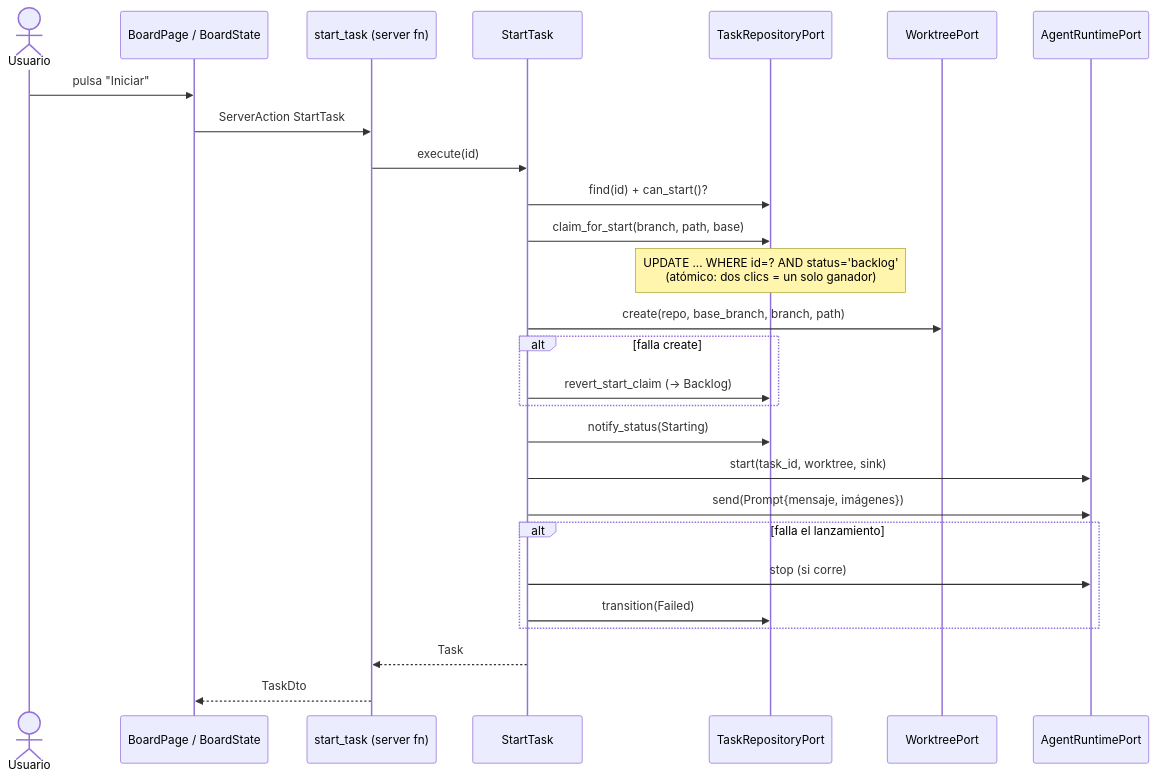
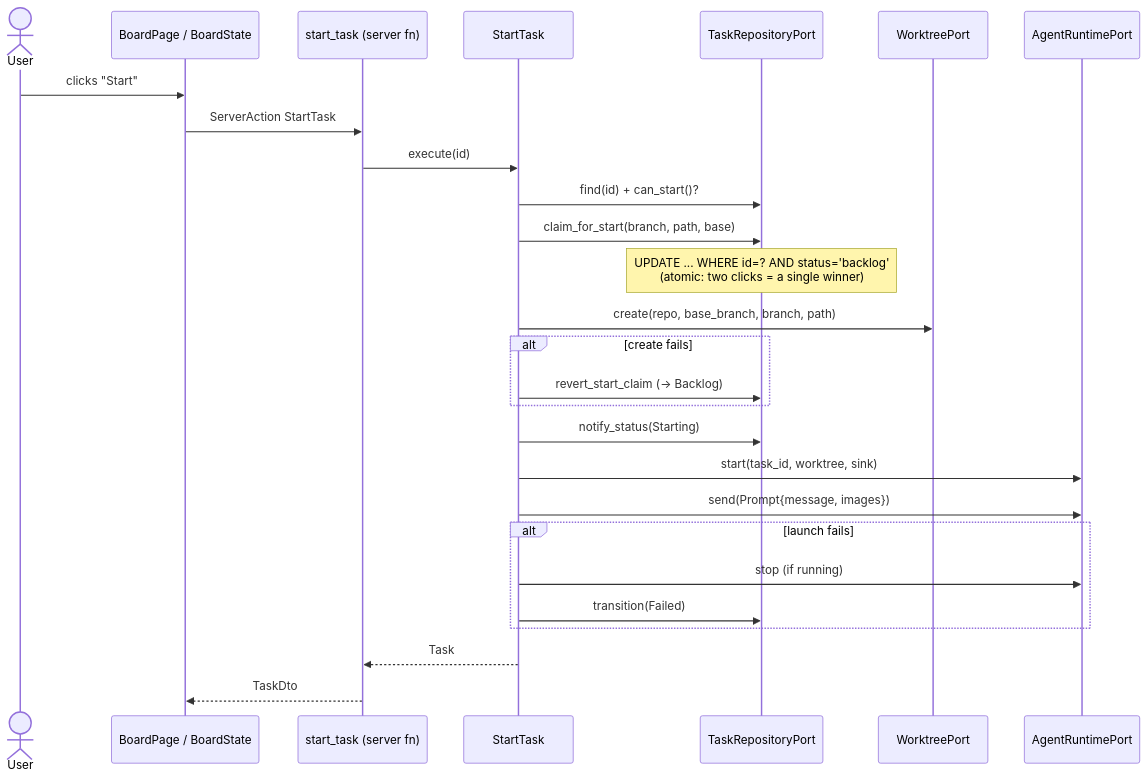
The eighth of 12 diagrams in ARCHITECTURE.md (plopezm/iworkflow), drawn with Mermaid before and after one commit. The commit also changed other lines of this file and 5 other files, not shown here.

````diff
--- a/ARCHITECTURE.md
+++ b/ARCHITECTURE.md
@@ -720,29 +724,29 @@
 ```mermaid
 sequenceDiagram
-    actor U as Usuario
+    actor U as User
     participant UI as BoardPage / BoardState
     participant SF as start_task (server fn)
     participant UC as StartTask
     participant R as TaskRepositoryPort
     participant W as WorktreePort
     participant RT as AgentRuntimePort
-    U->>UI: pulsa "Iniciar"
+    U->>UI: clicks "Start"
     UI->>SF: ServerAction StartTask
     SF->>UC: execute(id)
     UC->>R: find(id) + can_start()?
     UC->>R: claim_for_start(branch, path, base)
-    Note over R: UPDATE ... WHERE id=? AND status='backlog'<br/>(atómico: dos clics = un solo ganador)
+    Note over R: UPDATE ... WHERE id=? AND status='backlog'<br/>(atomic: two clicks = a single winner)
     UC->>W: create(repo, base_branch, branch, path)
-    alt falla create
+    alt create fails
         UC->>R: revert_start_claim (→ Backlog)
     end
     UC->>R: notify_status(Starting)
     UC->>RT: start(task_id, worktree, sink)
-    UC->>RT: send(Prompt{mensaje, imágenes})
-    alt falla el lanzamiento
-        UC->>RT: stop (si corre)
+    UC->>RT: send(Prompt{message, images})
+    alt launch fails
+        UC->>RT: stop (if running)
         UC->>R: transition(Failed)
     end
     UC-->>SF: Task
     SF-->>UI: TaskDto
 ```
````
